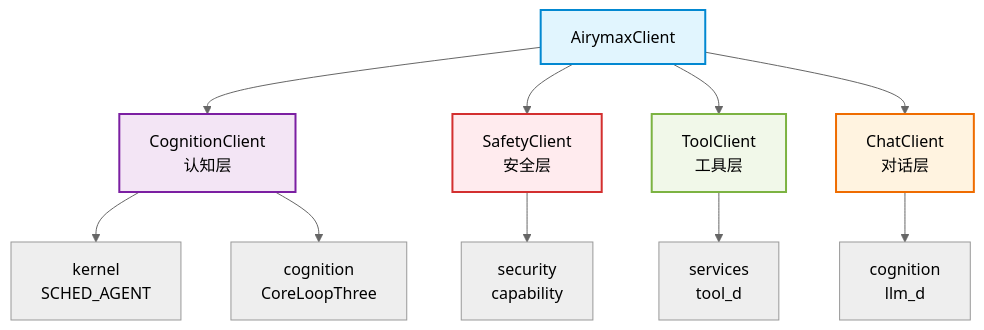
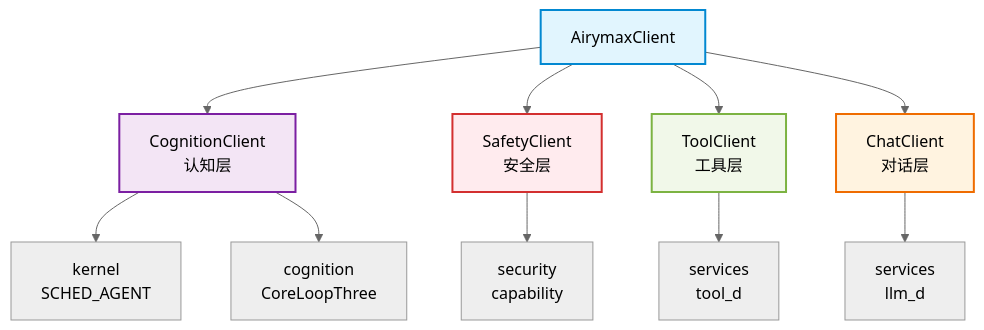
Before and after one commit to SpharxTeam/Docs: the first of 2 diagrams in AirymaxOS/30-interfaces/03-sdk-api.md, drawn with Mermaid (neutral theme). The commit also changed other lines of this file and 217 other files, not shown here.

````diff
--- a/AirymaxOS/30-interfaces/03-sdk-api.md
+++ b/AirymaxOS/30-interfaces/03-sdk-api.md
@@ -53,25 +53,25 @@
 ```mermaid
 graph TB
     CLIENT[AirymaxClient]
     COG[CognitionClient<br/>认知层]
     SAF[SafetyClient<br/>安全层]
     TOOL[ToolClient<br/>工具层]
     CHAT[ChatClient<br/>对话层]
 
     CLIENT --> COG
     CLIENT --> SAF
     CLIENT --> TOOL
     CLIENT --> CHAT
 
     COG --> KERNEL[kernel<br/>SCHED_AGENT]
     COG --> COGNSUB[cognition<br/>CoreLoopThree]
     SAF --> SECSUB[security<br/>capability]
     TOOL --> SERV[services<br/>tool_d]
-    CHAT --> COGNSUB2[cognition<br/>llm_d]
+    CHAT --> SERV2[services<br/>llm_d]
 
     style CLIENT fill:#e1f5fe,stroke:#0288d1,stroke-width:2px
     style COG fill:#f3e5f5,stroke:#7b1fa2,stroke-width:2px
     style SAF fill:#ffebee,stroke:#d32f2f,stroke-width:2px
     style TOOL fill:#f1f8e9,stroke:#7cb342,stroke-width:2px
     style CHAT fill:#fff3e0,stroke:#ef6c00,stroke-width:2px
 ```
````
